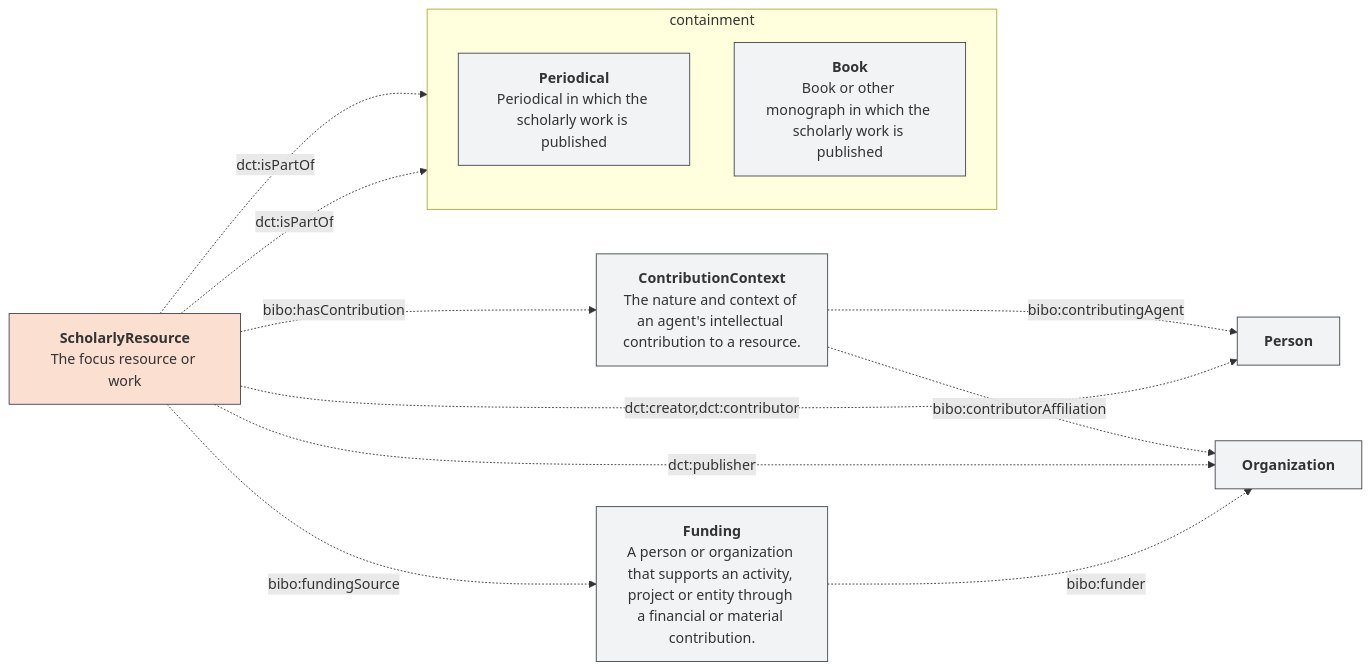
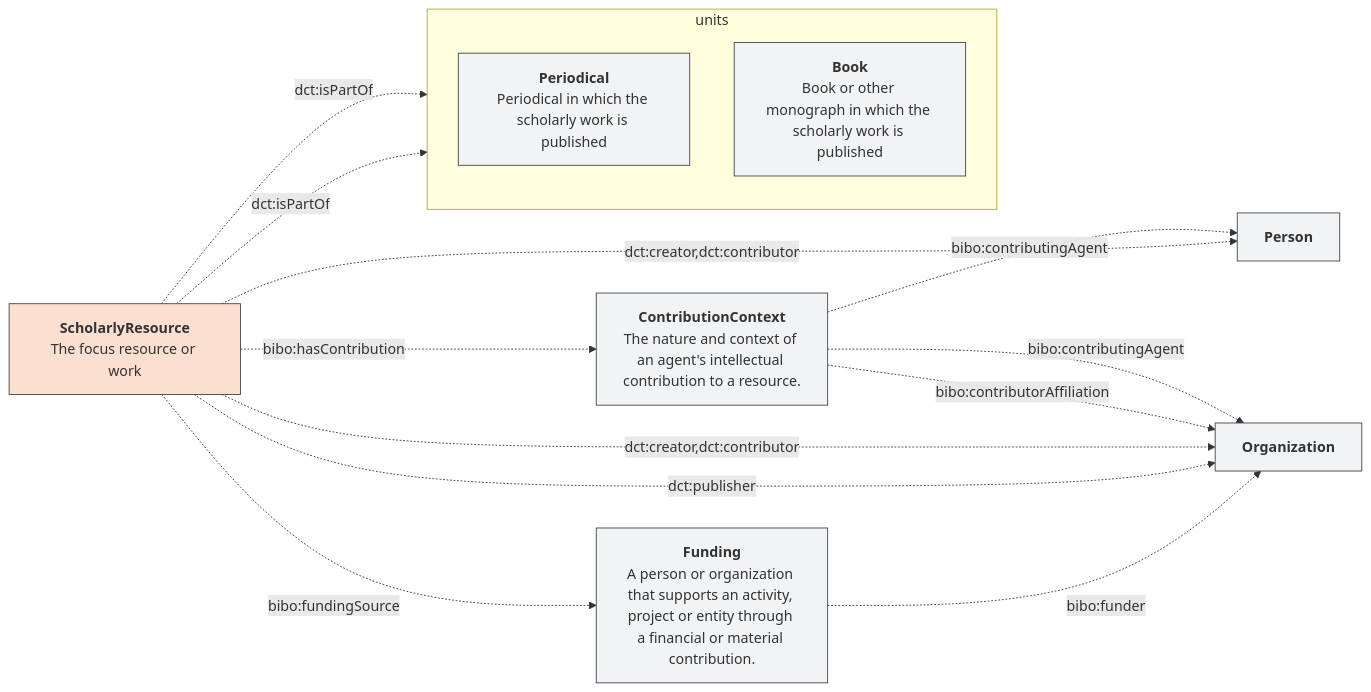
The diagram in docs/srap-profile.md (dcmi/dc-srap), drawn with Mermaid before and after one commit. The commit also changed other lines of this file, not shown here.

Commit message:
with updated diagram, minor fixes

````diff
--- a/docs/srap-profile.md
+++ b/docs/srap-profile.md
@@ -54,32 +54,34 @@
 ```mermaid
 graph LR
 
 SR["`**ScholarlyResource**<br/>The focus resource or work`"]
 style SR fill:#fbdfd1
 
 classDef default fill:#f2f3f5,stroke:#3e454e
 
-subgraph containment
+subgraph units;
 direction TB
 CP["`**Periodical**<br/>Periodical in which the scholarly work is published`"]
 CB["`**Book**<br/>Book or other monograph in which the scholarly work is published`"]
 end
 
 FUN["`**Funding**<br/>A person or organization that supports an activity, project or entity through a financial or material contribution.`"]
 CC["`**ContributionContext**<br/>The nature and context of an agent's intellectual contribution to a resource.`"]
 PER["`**Person**`"]
 ORG["`**Organization**`"]
 
-SR -. dct:isPartOf .-> CP
-SR -. dct:isPartOf .-> CB
+SR -. dct:isPartOf .-> units
+SR -. dct:isPartOf .-> units
 
 SR -. bibo:hasContribution .-> CC
 CC -. bibo:contributingAgent .-> PER
+CC -. bibo:contributingAgent .-> ORG
 CC -. bibo:contributorAffiliation .-> ORG
 
 SR -. dct:creator,dct:contributor .-> PER
+SR -. dct:creator,dct:contributor .-> ORG
 SR -. dct:publisher .-> ORG
 
 SR -. bibo:fundingSource .-> FUN
 FUN -. bibo:funder .-> ORG
 ```
````
